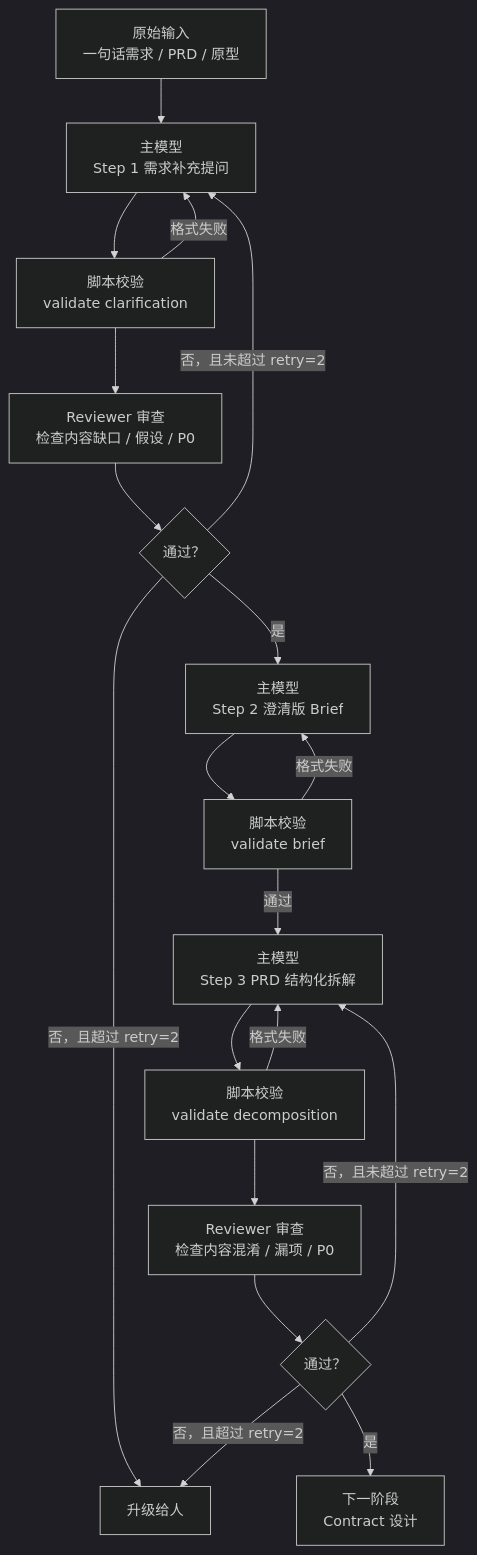
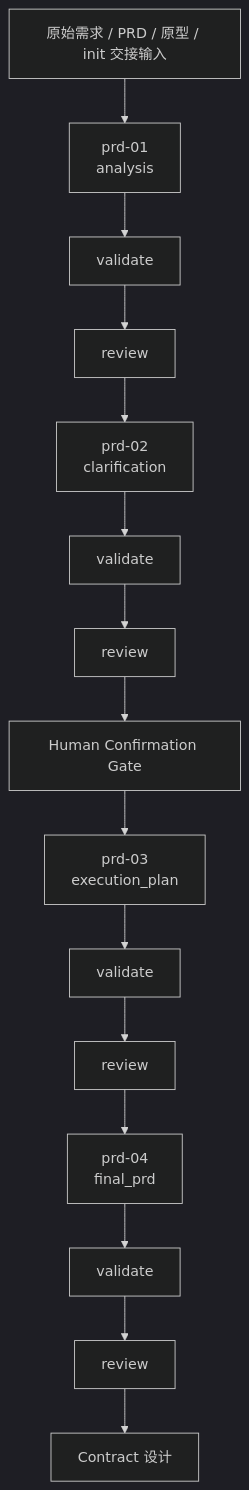
Before and after one commit to Jancy0713/archetype-admin-path: the diagram in docs/prd/WORKFLOW_GUIDE.md, drawn with Mermaid (dark theme). The commit also changed other lines of this file and 77 other files, not shown here.

````diff
--- a/docs/prd/WORKFLOW_GUIDE.md
+++ b/docs/prd/WORKFLOW_GUIDE.md
@@ -19,21 +53,17 @@
 ```mermaid
 flowchart TD
-    A["原始输入<br/>一句话需求 / PRD / 原型"] --> B["主模型<br/>Step 1 需求补充提问"]
-    B --> B1["脚本校验<br/>validate clarification"]
-    B1 --> C["Reviewer 审查<br/>检查内容缺口 / 假设 / P0"]
-    B1 -- "格式失败" --> B
-    C --> D{"通过？"}
-    D -- "否，且未超过 retry=2" --> B
-    D -- "否，且超过 retry=2" --> X["升级给人"]
-    D -- "是" --> E["主模型<br/>Step 2 澄清版 Brief"]
-    E --> E1["脚本校验<br/>validate brief"]
-    E1 -- "格式失败" --> E
-    E1 -- "通过" --> F["主模型<br/>Step 3 PRD 结构化拆解"]
-    F --> F1["脚本校验<br/>validate decomposition"]
-    F1 --> G["Reviewer 审查<br/>检查内容混淆 / 漏项 / P0"]
-    F1 -- "格式失败" --> F
-    G --> H{"通过？"}
-    H -- "否，且未超过 retry=2" --> F
-    H -- "否，且超过 retry=2" --> X
-    H -- "是" --> I["下一阶段<br/>Contract 设计"]
+    A["原始需求 / PRD / 原型 / init 交接输入"] --> P01["prd-01<br/>analysis"]
+    P01 --> P01V["validate"]
+    P01V --> P01R["review"]
+    P01R --> P02["prd-02<br/>clarification"]
+    P02 --> P02V["validate"]
+    P02V --> P02R["review"]
+    P02R --> H["Human Confirmation Gate"]
+    H --> P03["prd-03<br/>execution_plan"]
+    P03 --> P03V["validate"]
+    P03V --> P03R["review"]
+    P03R --> P04["prd-04<br/>final_prd"]
+    P04 --> P04V["validate"]
+    P04V --> P04R["review"]
+    P04R --> C["Contract 设计"]
 ```
````
